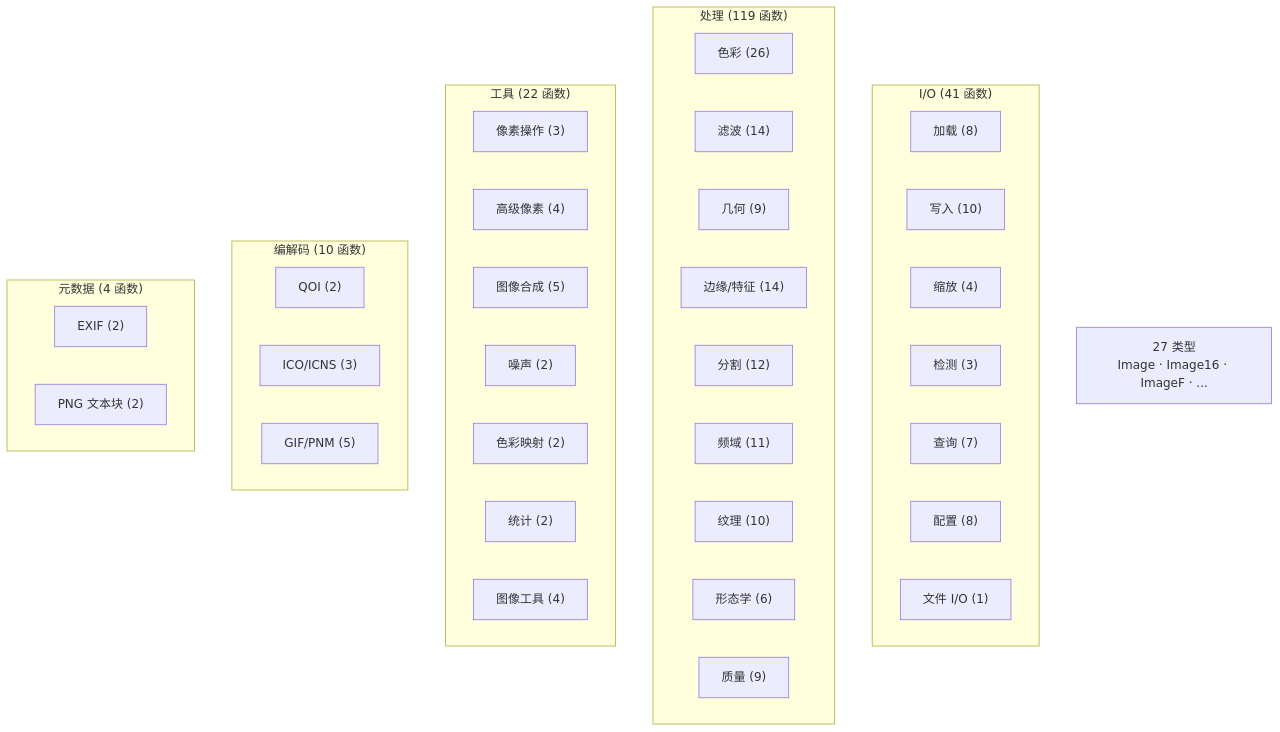
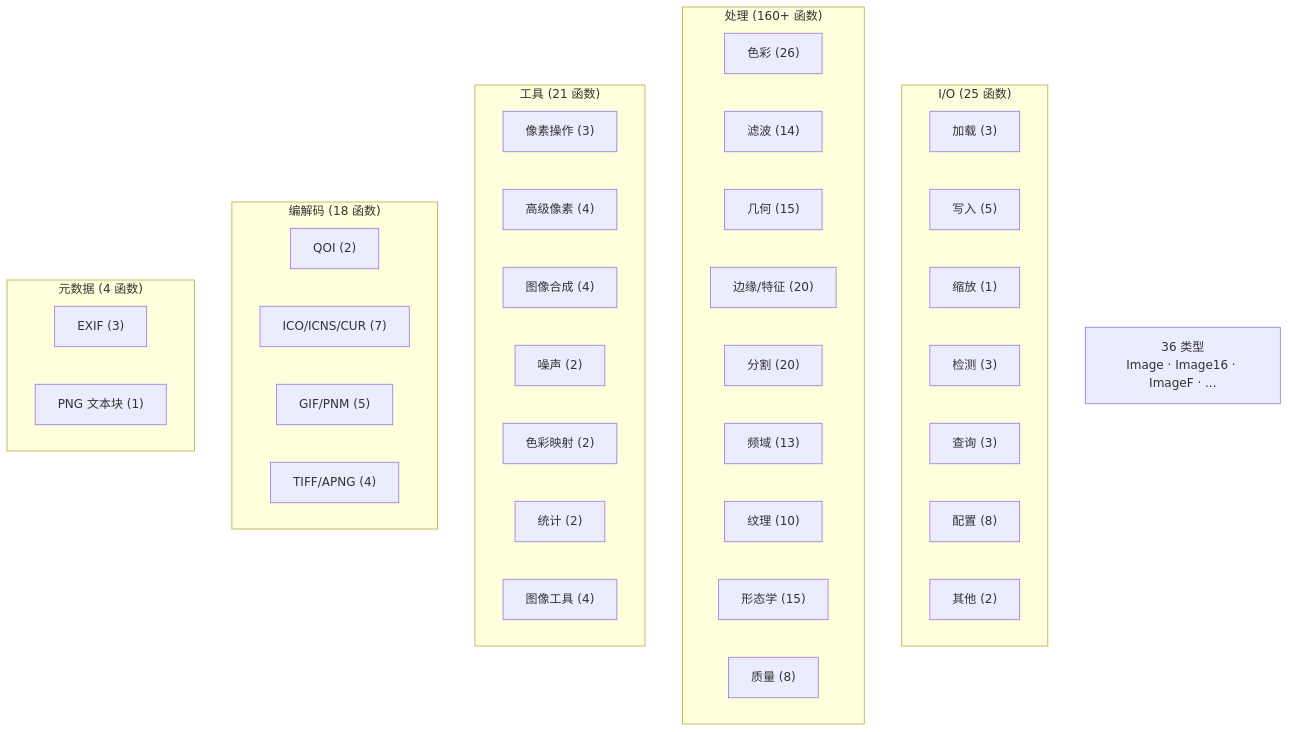
Before and after one commit to toadium/stb-image: diagram 13 of 14 in docs/architecture.md, drawn with Mermaid. The commit also changed other lines of this file and 132 other files, not shown here.

````diff
--- a/docs/architecture.md
+++ b/docs/architecture.md
@@ -411,47 +392,48 @@
 ```mermaid
 flowchart TB
-    subgraph IO["I/O (41 函数)"]
-        Load["加载 (8)"]
-        Write["写入 (10)"]
-        Resize["缩放 (4)"]
+    subgraph IO["I/O (25 函数)"]
+        Load["加载 (3)"]
+        Write["写入 (5)"]
+        Resize["缩放 (1)"]
         Detect["检测 (3)"]
-        Query["查询 (7)"]
+        Query["查询 (3)"]
         Config["配置 (8)"]
-        FileIO["文件 I/O (1)"]
+        FileIO["其他 (2)"]
     end
 
-    subgraph Proc["处理 (119 函数)"]
+    subgraph Proc["处理 (160+ 函数)"]
         Color["色彩 (26)"]
         Filter["滤波 (14)"]
-        Geo["几何 (9)"]
-        Edge["边缘/特征 (14)"]
-        Seg["分割 (12)"]
-        Freq["频域 (11)"]
+        Geo["几何 (15)"]
+        Edge["边缘/特征 (20)"]
+        Seg["分割 (20)"]
+        Freq["频域 (13)"]
         Tex["纹理 (10)"]
-        Morph["形态学 (6)"]
-        Qual["质量 (9)"]
+        Morph["形态学 (15)"]
+        Qual["质量 (8)"]
     end
 
-    subgraph UtilFn["工具 (22 函数)"]
+    subgraph UtilFn["工具 (21 函数)"]
         Pixel["像素操作 (3)"]
         PixelAdv["高级像素 (4)"]
-        Compose["图像合成 (5)"]
+        Compose["图像合成 (4)"]
         Noise["噪声 (2)"]
         ColorMap["色彩映射 (2)"]
         Stats["统计 (2)"]
         UtilMisc["图像工具 (4)"]
     end
 
-    subgraph Codec["编解码 (10 函数)"]
+    subgraph Codec["编解码 (18 函数)"]
         QOI["QOI (2)"]
-        ICO["ICO/ICNS (3)"]
+        ICO["ICO/ICNS/CUR (7)"]
         GIF["GIF/PNM (5)"]
+        TIFF["TIFF/APNG (4)"]
     end
 
     subgraph MetaFn["元数据 (4 函数)"]
-        EXIF["EXIF (2)"]
-        PNG["PNG 文本块 (2)"]
+        EXIF["EXIF (3)"]
+        PNG["PNG 文本块 (1)"]
     end
 
-    Types["27 类型<br/>Image · Image16 · ImageF · ..."]
+    Types["36 类型<br/>Image · Image16 · ImageF · ..."]
 ```
````
